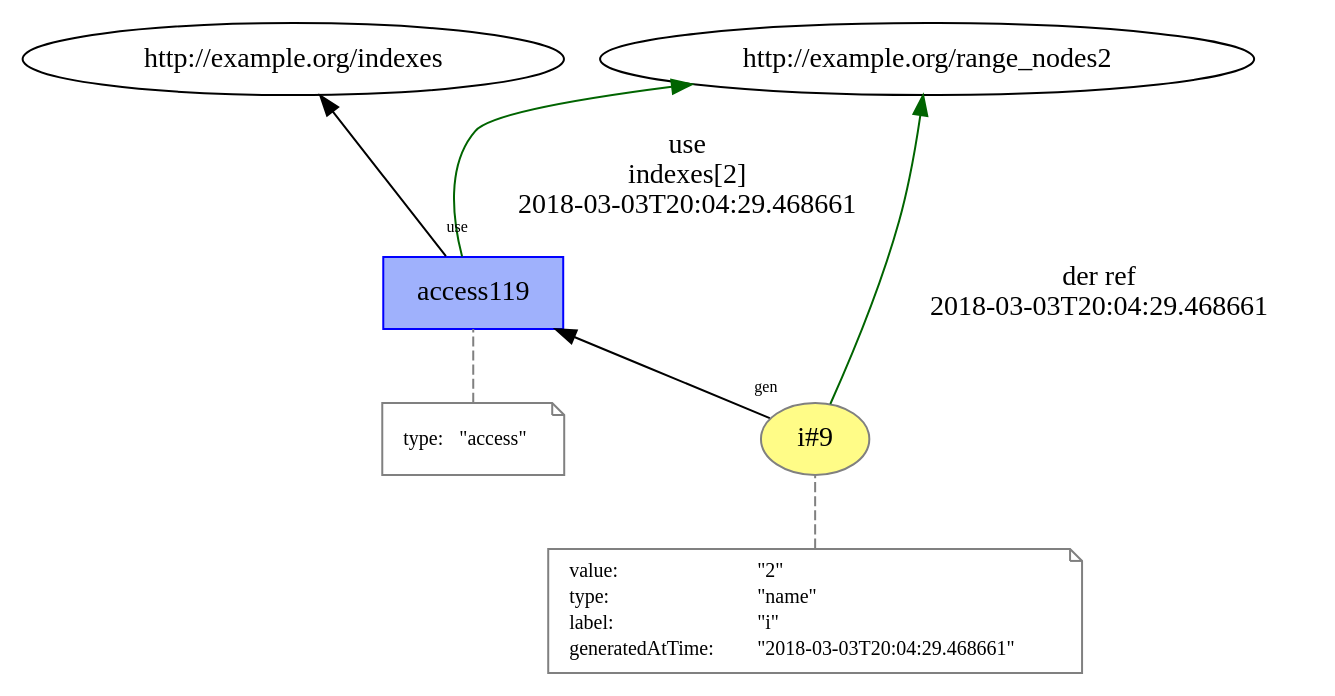
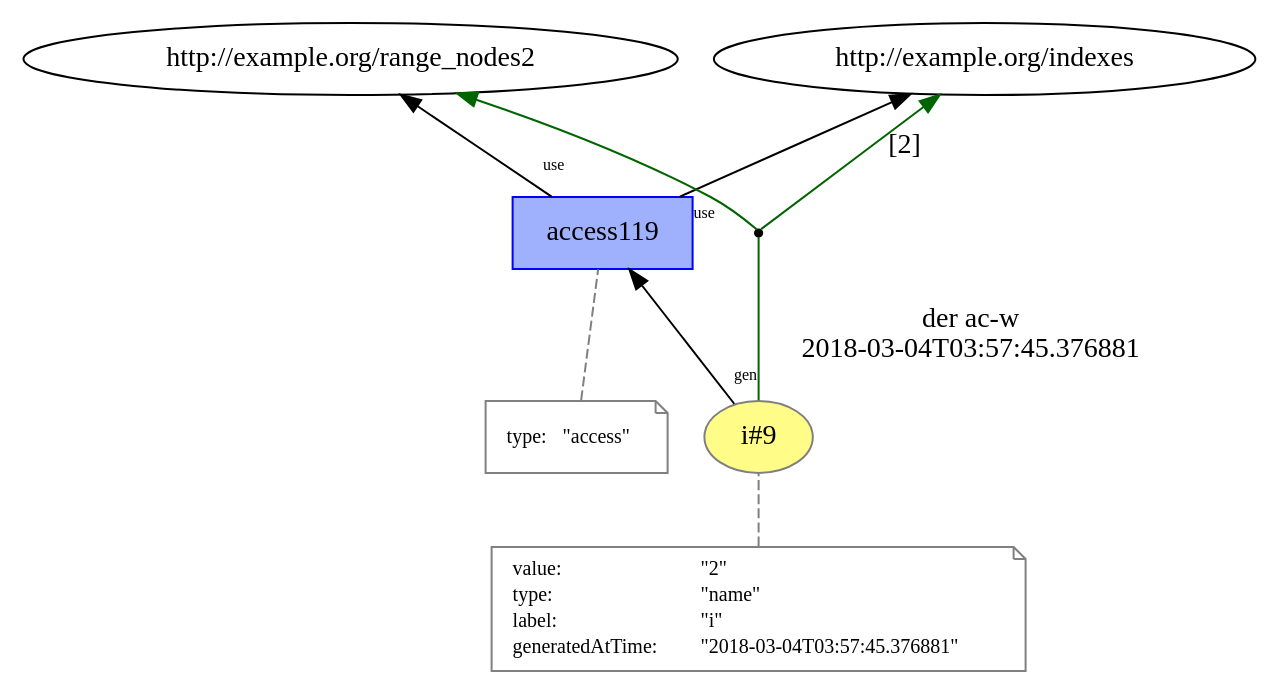
The diagram in versioned_prov/temp/L11__loop_access_9.dot (dew-uff/versioned-prov), drawn with Graphviz before and after one commit. The commit also changed 972 other files, not shown here.

```diff
--- a/versioned_prov/temp/L11__loop_access_9.dot
+++ b/versioned_prov/temp/L11__loop_access_9.dot
@@ -1,37 +1,38 @@
 digraph "PROV" { size="16,12"; rankdir="BT";
 "http://example.org/i#9" [fillcolor="#FFFC87",color="#808080",style="filled",label="i#9",URL="http://example.org/i#9"]
 "-attrs0" [color="gray",shape="note",fontsize="10",fontcolor="black",label=<<TABLE cellpadding="0" border="0">
 	<TR>
 	    <TD align="left">value:</TD>
 	    <TD align="left">&quot;2&quot;</TD>
 	</TR>
 	<TR>
 	    <TD align="left">type:</TD>
 	    <TD align="left">&quot;name&quot;</TD>
 	</TR>
 	<TR>
 	    <TD align="left">label:</TD>
 	    <TD align="left">&quot;i&quot;</TD>
 	</TR>
 	<TR>
 	    <TD align="left">generatedAtTime:</TD>
-	    <TD align="left">&quot;2018-03-03T20:04:29.468661&quot;</TD>
+	    <TD align="left">&quot;2018-03-04T03:57:45.376881&quot;</TD>
 	</TR>
 </TABLE>>]
 "-attrs0" -> "http://example.org/i#9" [color="gray",style="dashed",arrowhead="none"]
 "http://example.org/access119" [fillcolor="#9FB1FC",color="#0000FF",shape="polygon",sides="4",style="filled",label="access119",URL="http://example.org/access119"]
 "-attrs1" [color="gray",shape="note",fontsize="10",fontcolor="black",label=<<TABLE cellpadding="0" border="0">
 	<TR>
 	    <TD align="left">type:</TD>
 	    <TD align="left">&quot;access&quot;</TD>
 	</TR>
 </TABLE>>]
 "-attrs1" -> "http://example.org/access119" [color="gray",style="dashed",arrowhead="none"]
-"http://example.org/access119" -> "http://example.org/range_nodes2" [labelfontsize="8",labeldistance="1.5",color="darkgreen",labelangle="60.0",rotation="20",label="use
-indexes[2]
-2018-03-03T20:04:29.468661"]
-"http://example.org/i#9" -> "http://example.org/range_nodes2" [labelfontsize="8",labeldistance="1.5",color="darkgreen",labelangle="60.0",rotation="20",label="der ref
-2018-03-03T20:04:29.468661"]
+"http://example.org/access119" -> "http://example.org/range_nodes2" [labelfontsize="8",labeldistance="1.5",labelangle="60.0",rotation="20",taillabel="use"]
+"bn0" [shape="point",label=""]
+"http://example.org/i#9" -> "bn0" [arrowhead="none",color="darkgreen",label="der ac-w
+2018-03-04T03:57:45.376881"]
+"bn0" -> "http://example.org/indexes" [labelfontsize="8",labeldistance="1.5",color="darkgreen",labelangle="60.0",rotation="20",label="[2]"]
+"bn0" -> "http://example.org/range_nodes2" [color="darkgreen"]
 "http://example.org/i#9" -> "http://example.org/access119" [labelfontsize="8",labeldistance="1.5",labelangle="60.0",rotation="20",taillabel="gen"]
 "http://example.org/access119" -> "http://example.org/indexes" [labelfontsize="8",labeldistance="1.5",labelangle="60.0",rotation="20",taillabel="use"]
 }
```
